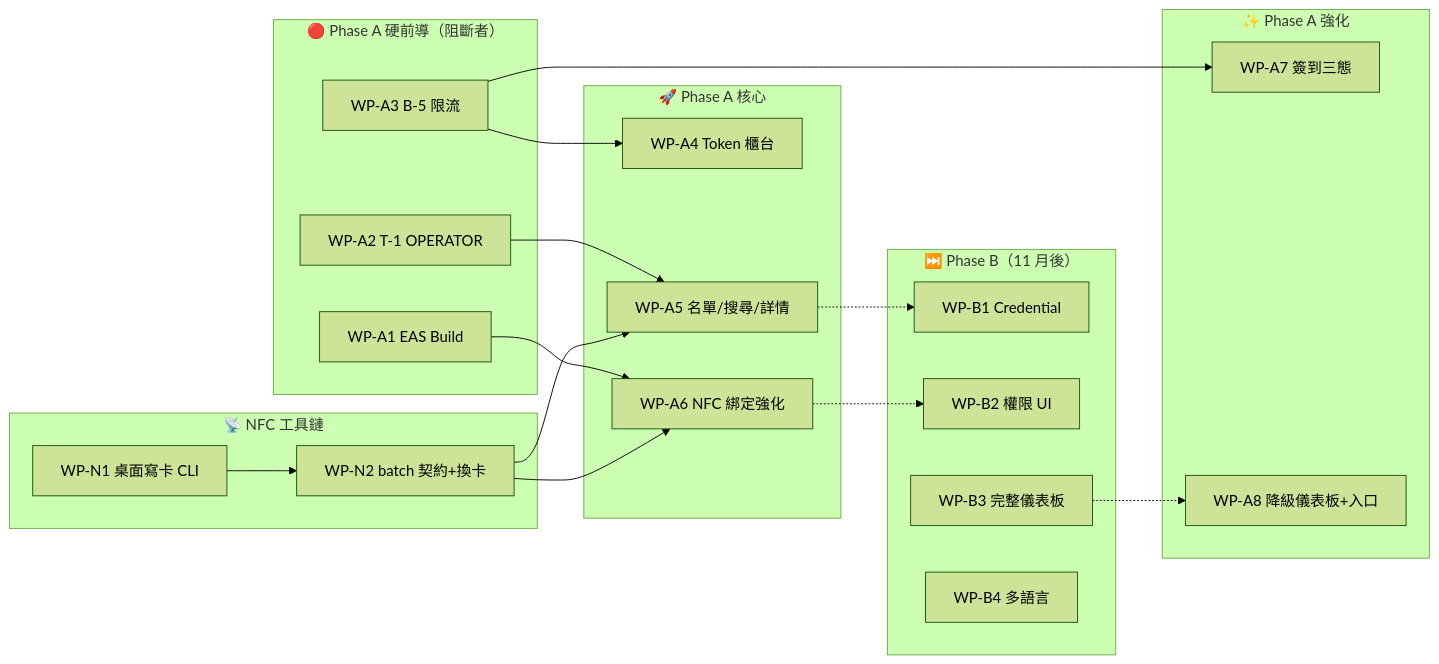
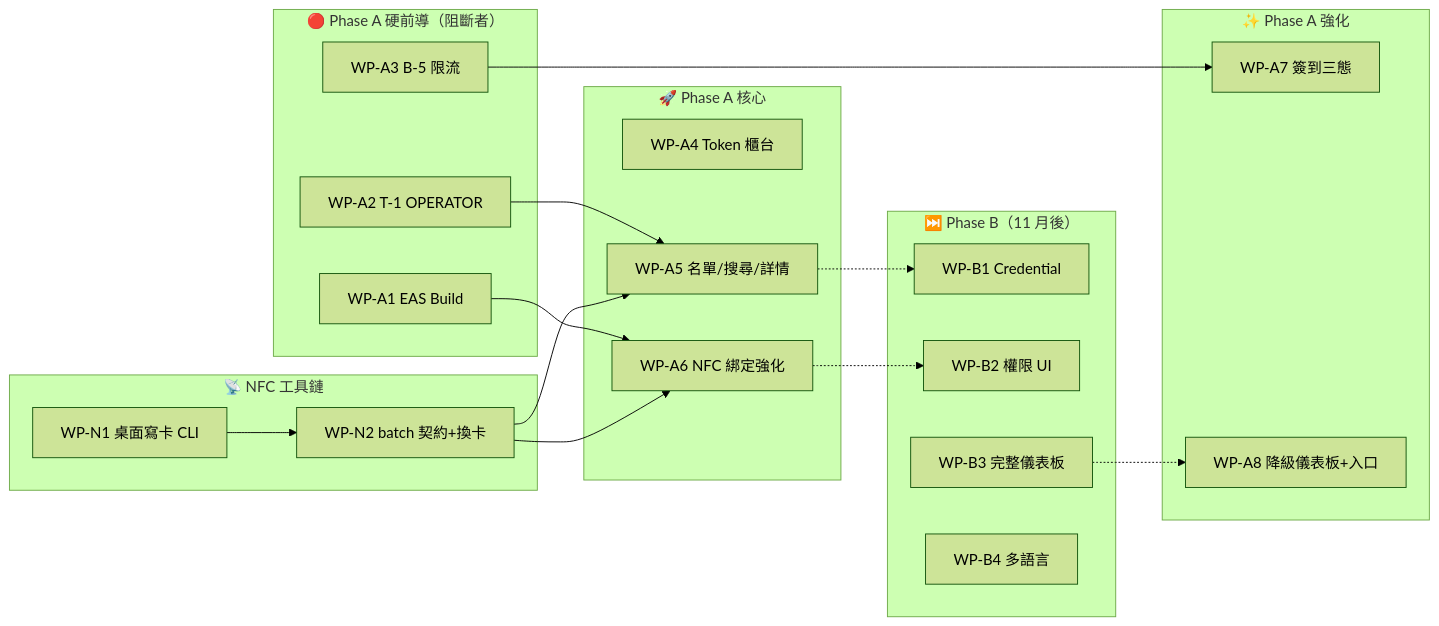
The diagram in docs/research/16-feiteng2015-work-packages.md (Chonwai/NFC_LinkCard_Event_Admin_App_Expo), drawn with Mermaid (forest theme) before and after one commit.

Commit message:
docs(research): remove residual A3->A4 dependency edge from WP topological graph (F-05)

````diff
--- a/docs/research/16-feiteng2015-work-packages.md
+++ b/docs/research/16-feiteng2015-work-packages.md
@@ -213,38 +213,37 @@
 ```mermaid
 flowchart LR
     subgraph HARD["🔴 Phase A 硬前導（阻斷者）"]
         A1[WP-A1 EAS Build]
         A2[WP-A2 T-1 OPERATOR]
         A3[WP-A3 B-5 限流]
     end
     subgraph CORE["🚀 Phase A 核心"]
         A4[WP-A4 Token 櫃台]
         A5[WP-A5 名單/搜尋/詳情]
         A6[WP-A6 NFC 綁定強化]
     end
     subgraph NFC["📡 NFC 工具鏈"]
         N1[WP-N1 桌面寫卡 CLI]
         N2[WP-N2 batch 契約+換卡]
     end
     subgraph ENH["✨ Phase A 強化"]
         A7[WP-A7 簽到三態]
         A8[WP-A8 降級儀表板+入口]
     end
     subgraph PHASEB["⏭️ Phase B（11 月後）"]
         B1[WP-B1 Credential]
         B2[WP-B2 權限 UI]
         B3[WP-B3 完整儀表板]
         B4[WP-B4 多語言]
     end
 
     A2 --> A5
     A3 --> A7
     A1 --> A6
-    A3 --> A4
     N2 --> A6
     N1 --> N2
     N2 --> A5
     A5 -.-> B1
     A6 -.-> B2
     B3 -.-> A8
 ```
````
